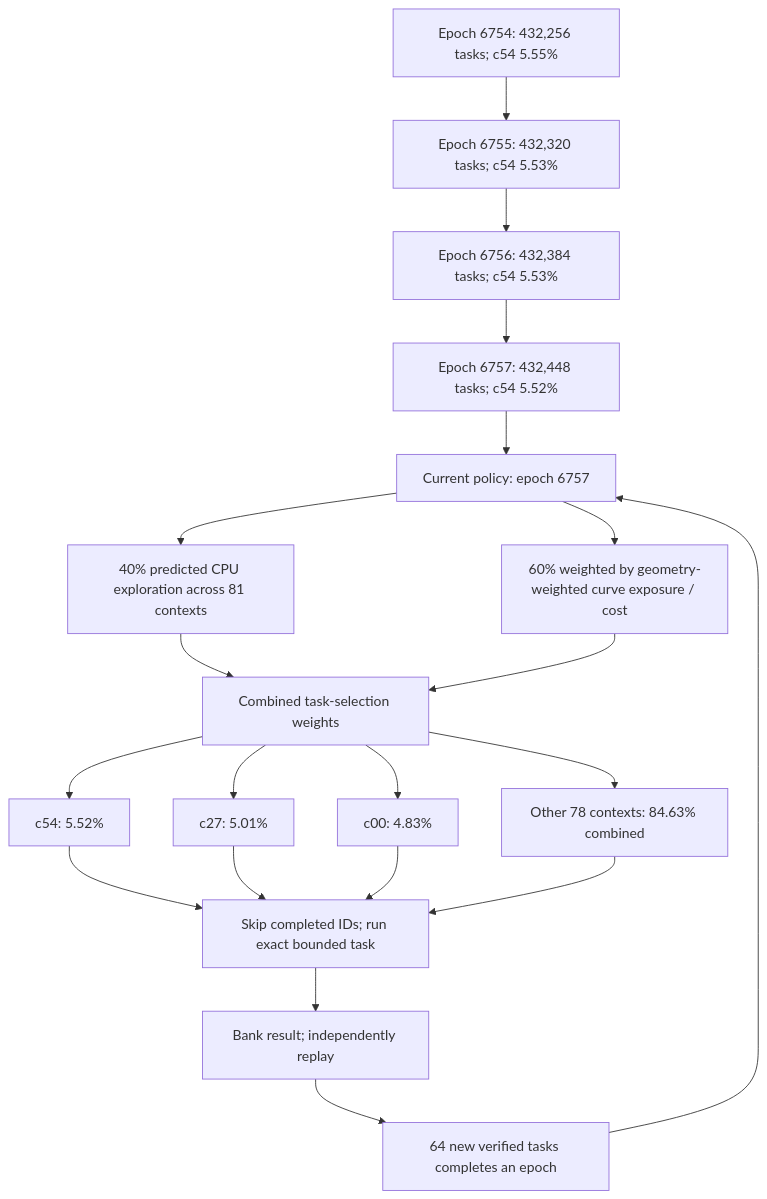
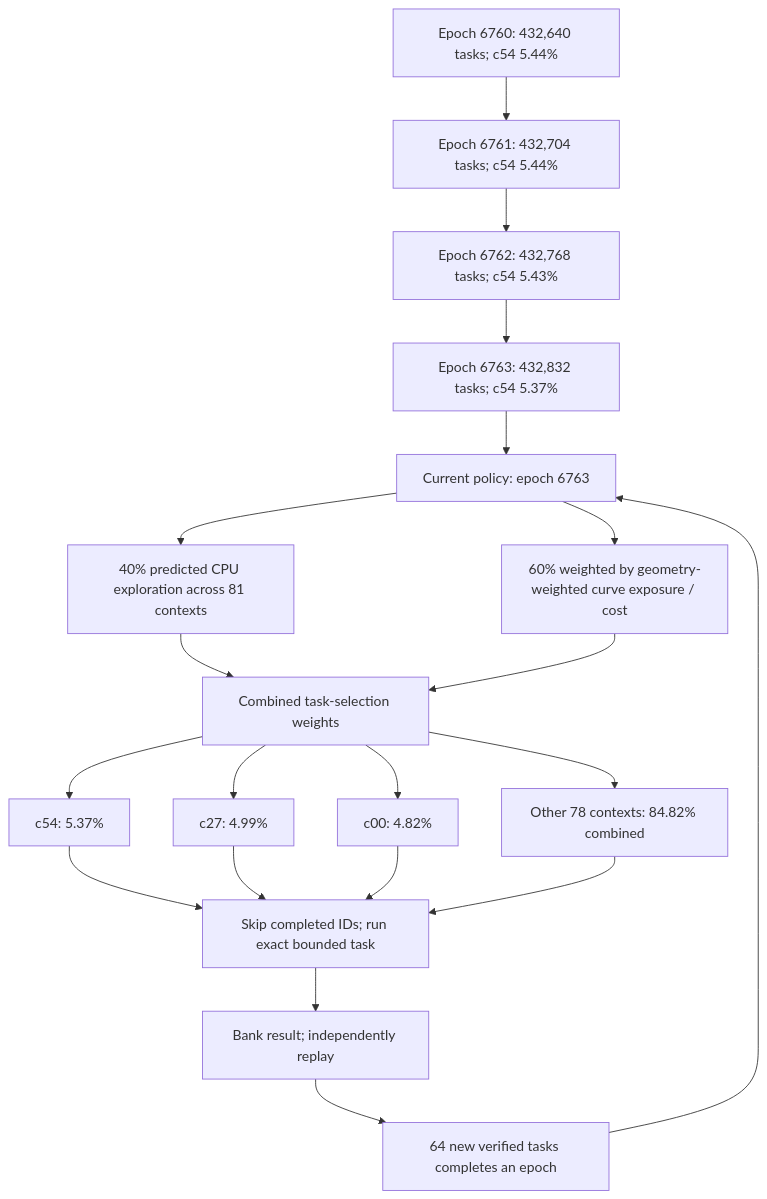
One commit to Kuberwastaken/math-gambling changed the first of 4 diagrams in README.md. Above: the diagram before and after it, drawn with Mermaid. The commit also changed other lines of this file and 967 other files, not shown here.

````diff
--- a/README.md
+++ b/README.md
@@ -60,27 +60,27 @@
 ```mermaid
 flowchart TD
-    H0["Epoch 6754: 432,256 tasks; c54 5.55%"]
-    H1["Epoch 6755: 432,320 tasks; c54 5.53%"]
+    H0["Epoch 6760: 432,640 tasks; c54 5.44%"]
+    H1["Epoch 6761: 432,704 tasks; c54 5.44%"]
     H0 --> H1
-    H2["Epoch 6756: 432,384 tasks; c54 5.53%"]
+    H2["Epoch 6762: 432,768 tasks; c54 5.43%"]
     H1 --> H2
-    H3["Epoch 6757: 432,448 tasks; c54 5.52%"]
+    H3["Epoch 6763: 432,832 tasks; c54 5.37%"]
     H2 --> H3
-    Policy["Current policy: epoch 6757"]
+    Policy["Current policy: epoch 6763"]
     H3 --> Policy
     Policy --> Explore["40% predicted CPU exploration across 81 contexts"]
     Policy --> Cost["60% weighted by geometry-weighted curve exposure / cost"]
     Explore --> Mix["Combined task-selection weights"]
     Cost --> Mix
-    Mix --> C0["c54: 5.52%"]
-    Mix --> C1["c27: 5.01%"]
-    Mix --> C2["c00: 4.83%"]
-    Mix --> Rest["Other 78 contexts: 84.63% combined"]
+    Mix --> C0["c54: 5.37%"]
+    Mix --> C1["c27: 4.99%"]
+    Mix --> C2["c00: 4.82%"]
+    Mix --> Rest["Other 78 contexts: 84.82% combined"]
     C0 --> Check["Skip completed IDs; run exact bounded task"]
     C1 --> Check
     C2 --> Check
     Rest --> Check
     Check --> Replay["Bank result; independently replay"]
     Replay --> Gate["64 new verified tasks completes an epoch"]
     Gate --> Policy
 ```
````
